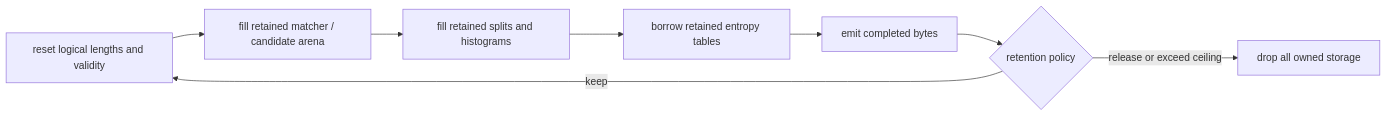
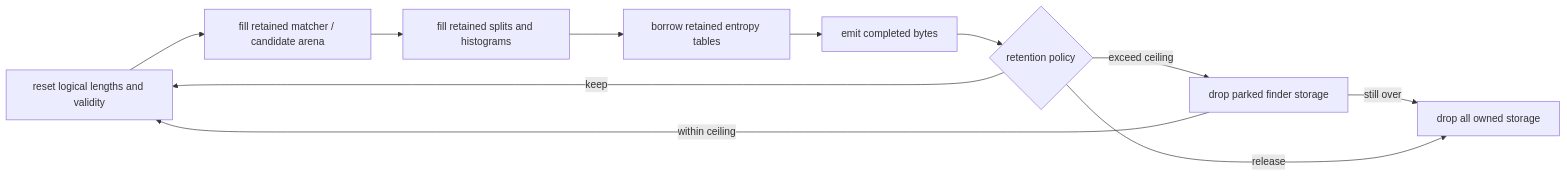
One commit to M-Compressors/mbrotli changed the eighth of 12 diagrams in architecture/encoder-workspace.md. Above: the diagram before and after it, drawn with Mermaid. The commit also changed other lines of this file and 17 other files, not shown here.

````diff
--- a/architecture/encoder-workspace.md
+++ b/architecture/encoder-workspace.md
@@ -232,10 +234,13 @@
 ```mermaid
 flowchart LR
     Reset[reset logical lengths and validity] --> Search[fill retained matcher / candidate arena]
     Search --> Split[fill retained splits and histograms]
     Split --> Codes[borrow retained entropy tables]
     Codes --> Output[emit completed bytes]
     Output --> Policy{retention policy}
     Policy -->|keep| Reset
-    Policy -->|release or exceed ceiling| Drop[drop all owned storage]
+    Policy -->|exceed ceiling| Parked[drop parked finder storage]
+    Parked -->|within ceiling| Reset
+    Parked -->|still over| Drop[drop all owned storage]
+    Policy -->|release| Drop
 ```
````
